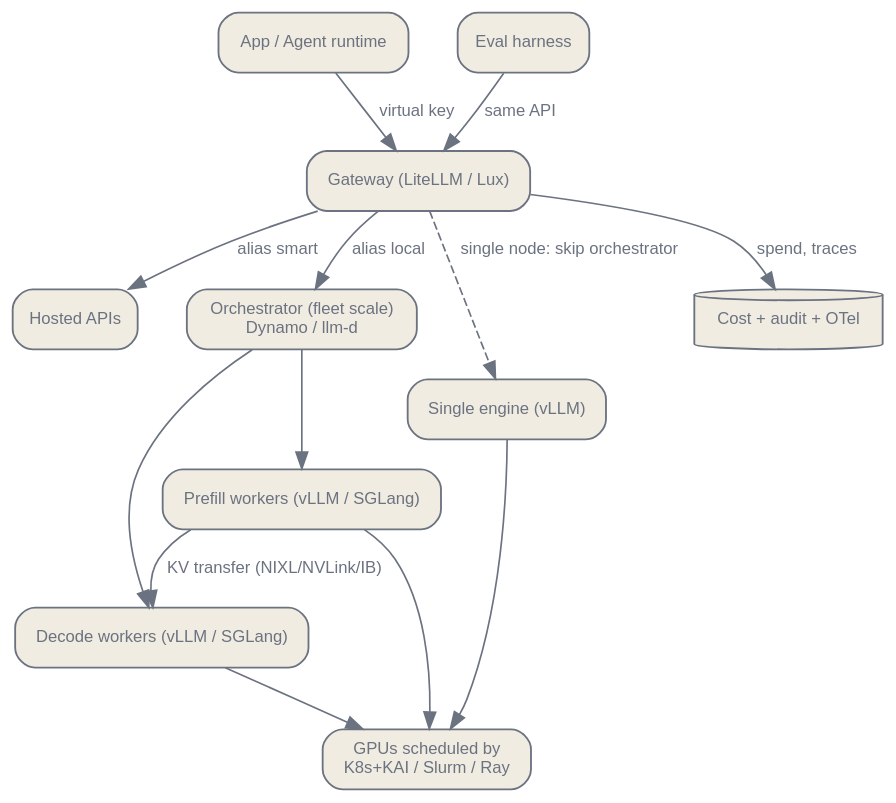
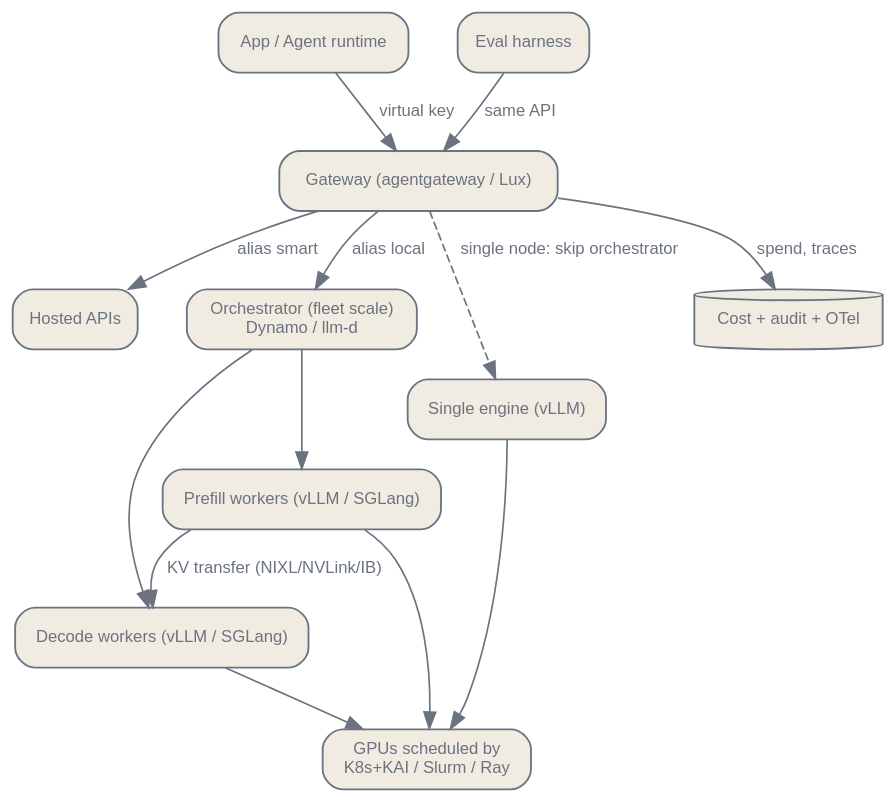
Before and after one commit to latere-ai/ai-as-an-infrastructure: the second of 2 diagrams in en/practice/02-serving-and-compute.qmd, drawn with Graphviz. The commit also changed other lines of this file and 1 other file, not shown here.

Commit message:
serving-and-compute: align gateway default with the capstone, keep LiteLLM as an option

````diff
--- a/en/practice/02-serving-and-compute.qmd
+++ b/en/practice/02-serving-and-compute.qmd
@@ -411,33 +417,33 @@
 ```{dot}
 //| label: fig-serving-wiring
 //| fig-cap: "The full stack wired end to end. The gateway is the hub: apps, agents, and eval harnesses all hold a virtual key and one base URL, and the gateway fans out to hosted APIs and self-hosted engines running on scheduled GPUs."
 digraph {
   bgcolor="transparent";
   rankdir=TB;
   nodesep=0.4; ranksep=0.5;
   node [shape=box, style="rounded,filled", fontname="Helvetica", fontsize=10, color="#6b7280", fontcolor="#6b7280", fillcolor="#f1ece1", penwidth=1.1];
   edge [fontsize=10, fontname="Helvetica", color="#6b7280", fontcolor="#6b7280"];
   app [label="App / Agent runtime"];
-  gw [label="Gateway (LiteLLM / Lux)"];
+  gw [label="Gateway (agentgateway / Lux)"];
   eval [label="Eval harness"];
   api [label="Hosted APIs"];
   orch [label="Orchestrator (fleet scale)\nDynamo / llm-d"];
   prefill [label="Prefill workers (vLLM / SGLang)"];
   decode [label="Decode workers (vLLM / SGLang)"];
   engine [label="Single engine (vLLM)"];
   sched [label="GPUs scheduled by\nK8s+KAI / Slurm / Ray"];
   obs [label="Cost + audit + OTel", shape=cylinder];
   app -> gw [label="virtual key"];
   eval -> gw [label="same API"];
   gw -> api [label="alias smart"];
   gw -> orch [label="alias local"];
   orch -> prefill;
   orch -> decode;
   prefill -> decode [label="KV transfer (NIXL/NVLink/IB)"];
   gw -> engine [style=dashed, label="single node: skip orchestrator"];
   prefill -> sched;
   decode -> sched;
   engine -> sched;
   gw -> obs [label="spend, traces"];
 }
 ```
````
